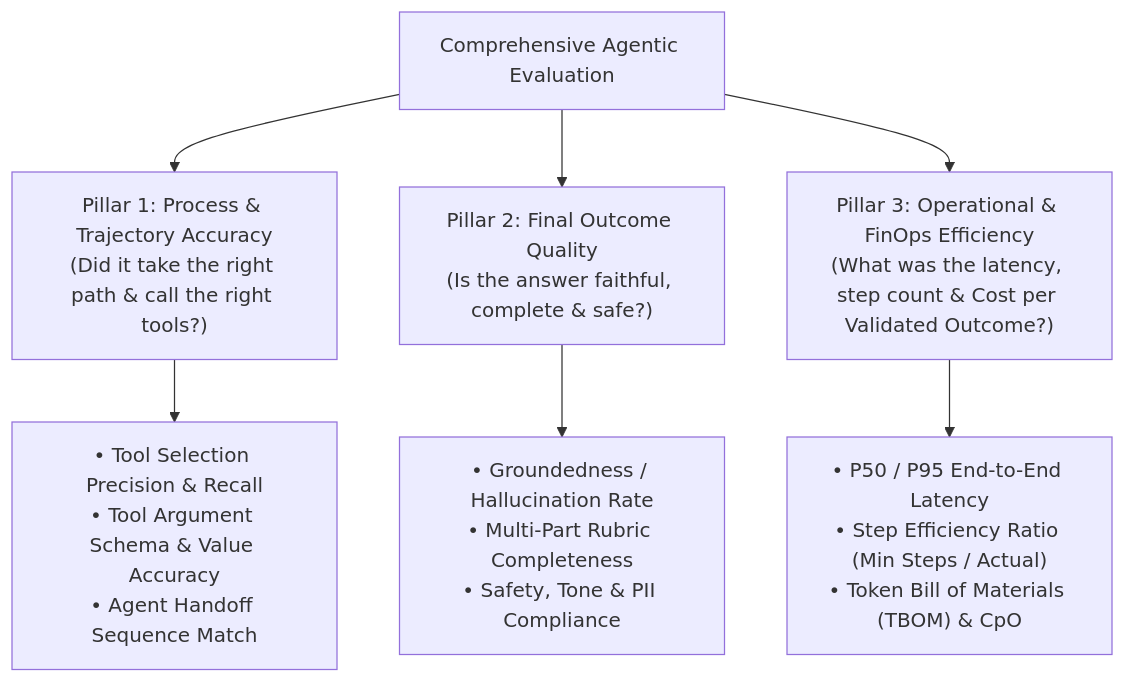
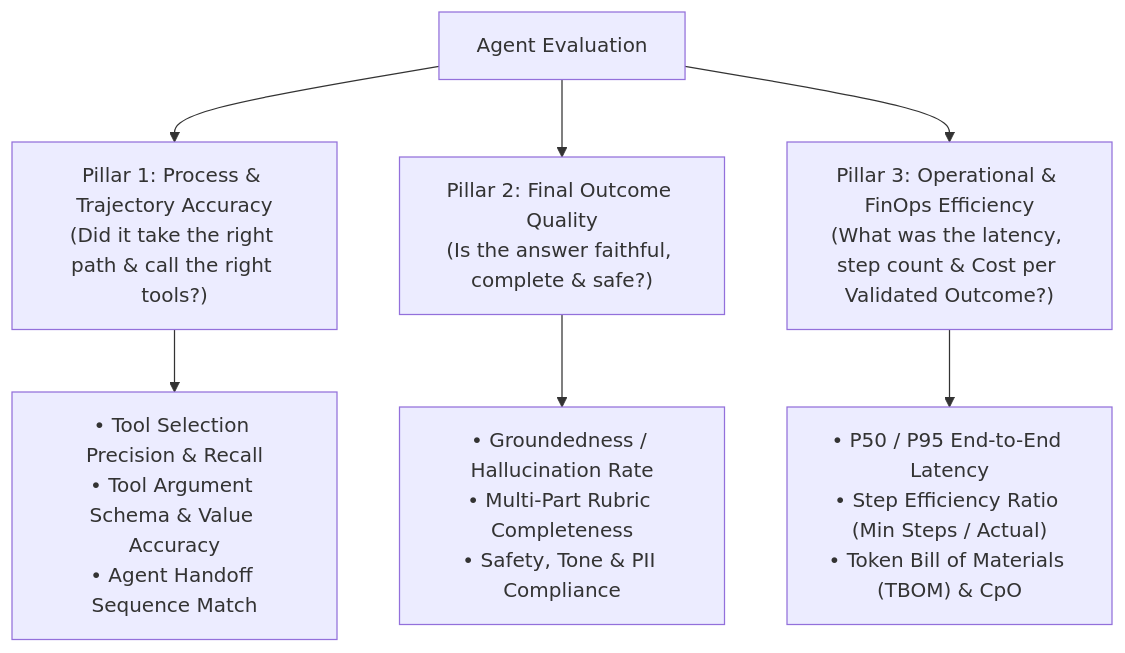
Before and after one commit to Rajdipc/agentic-ai-orchestration-patterns: the first of 4 diagrams in chapter-10-agentic-evaluation-and-observability.md, drawn with Mermaid. The commit also changed other lines of this file and 23 other files, not shown here.

````diff
--- a/chapter-10-agentic-evaluation-and-observability.md
+++ b/chapter-10-agentic-evaluation-and-observability.md
@@ -19,11 +19,11 @@
 ```mermaid
 flowchart TD
-    Eval["Comprehensive Agentic Evaluation"]
+    Eval["Agent Evaluation"]
     Eval --> P1["Pillar 1: Process & Trajectory Accuracy<br/>(Did it take the right path & call the right tools?)"]
     Eval --> P2["Pillar 2: Final Outcome Quality<br/>(Is the answer faithful, complete & safe?)"]
     Eval --> P3["Pillar 3: Operational & FinOps Efficiency<br/>(What was the latency, step count & Cost per Validated Outcome?)"]
 
     P1 --> M1["• Tool Selection Precision & Recall<br/>• Tool Argument Schema & Value Accuracy<br/>• Agent Handoff Sequence Match"]
     P2 --> M2["• Groundedness / Hallucination Rate<br/>• Multi-Part Rubric Completeness<br/>• Safety, Tone & PII Compliance"]
     P3 --> M3["• P50 / P95 End-to-End Latency<br/>• Step Efficiency Ratio (Min Steps / Actual)<br/>• Token Bill of Materials (TBOM) & CpO"]
 ```
````
